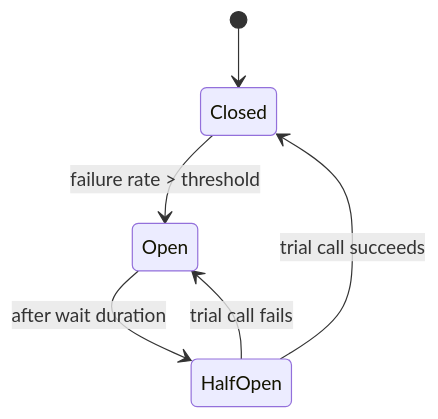
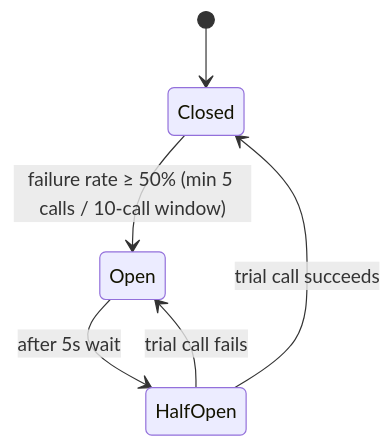
Before and after one commit to himnay/learning-design-pattern: the first of 4 diagrams in microservice-patterns/README.md, drawn with Mermaid. The commit also changed other lines of this file and 25 other files, not shown here.

````diff
--- a/microservice-patterns/README.md
+++ b/microservice-patterns/README.md
@@ -61,8 +42,8 @@
 ```mermaid
 stateDiagram-v2
     [*] --> Closed
-    Closed --> Open: failure rate > threshold
-    Open --> HalfOpen: after wait duration
+    Closed --> Open: failure rate ≥ 50% (min 5 calls / 10-call window)
+    Open --> HalfOpen: after 5s wait
     HalfOpen --> Closed: trial call succeeds
     HalfOpen --> Open: trial call fails
 ```
````
